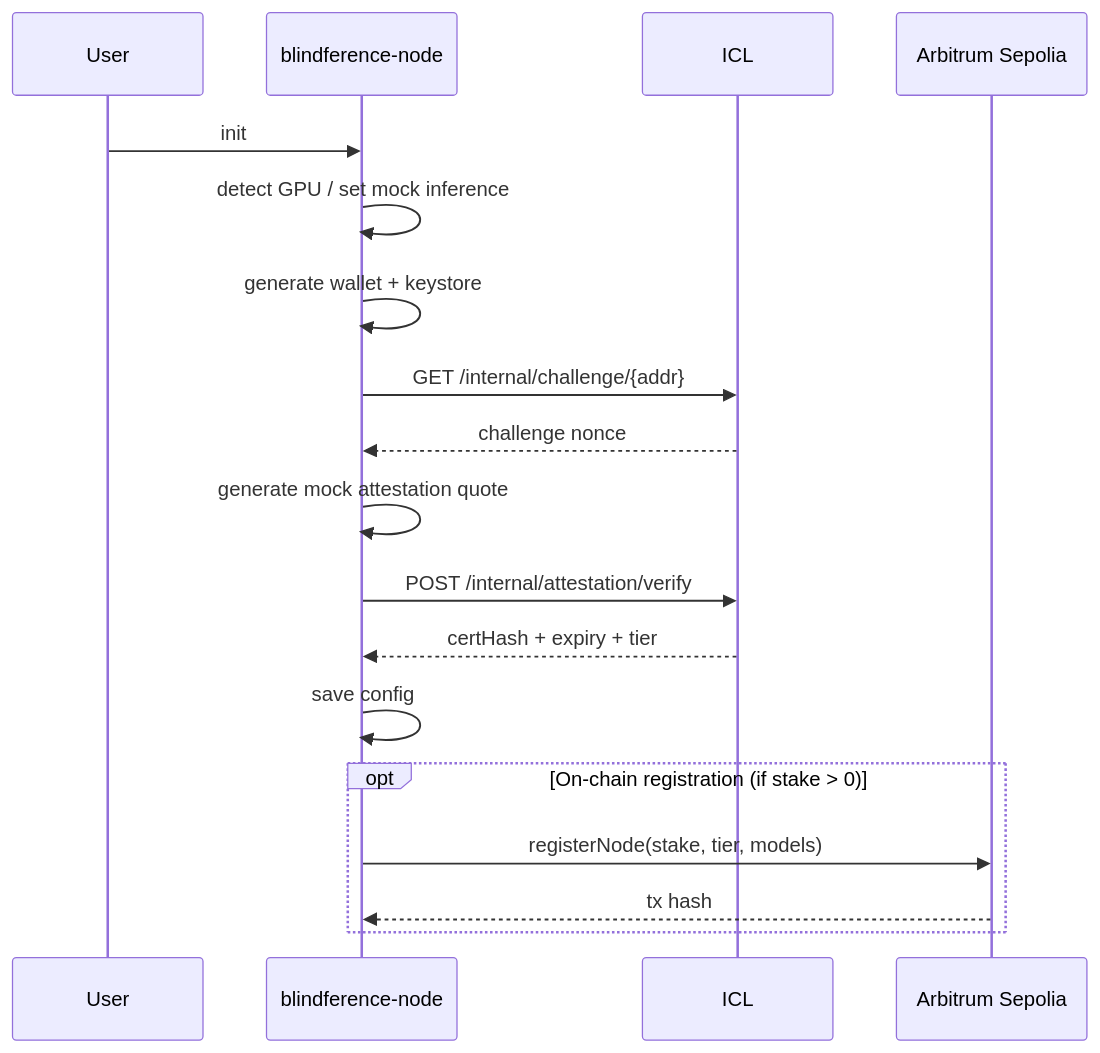
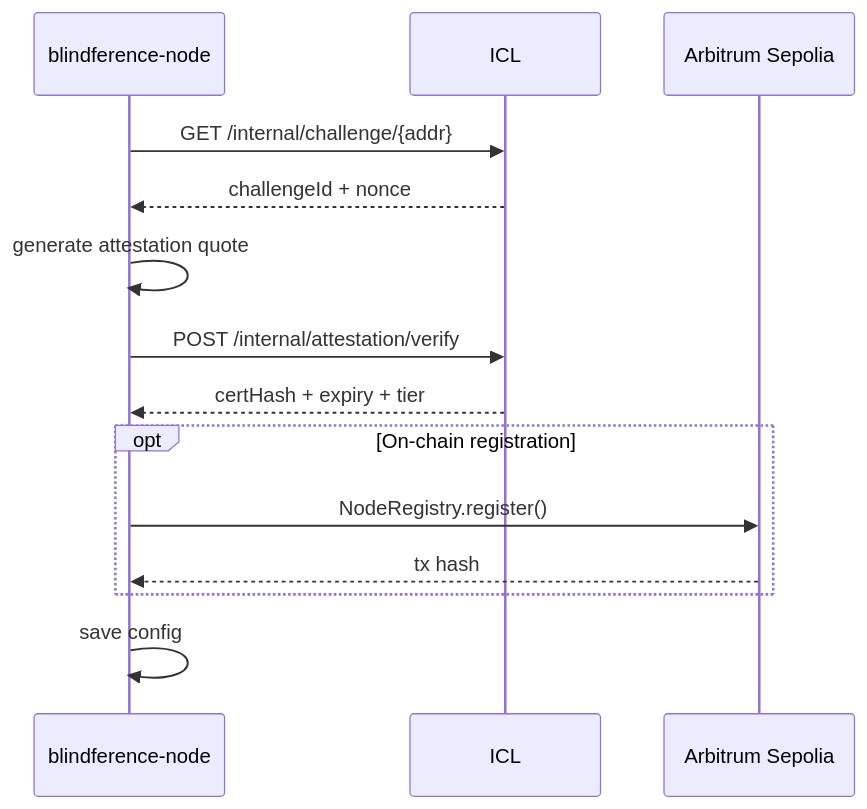
Before and after one commit to AbhishekPanwarr/Blindference-node: the third of 5 diagrams in README.md, drawn with Mermaid. The commit also changed other lines of this file, not shown here.

````diff
--- a/README.md
+++ b/README.md
@@ -176,21 +271,17 @@
 ```mermaid
 sequenceDiagram
-    participant User
     participant Node as blindference-node
     participant ICL
     participant Chain as Arbitrum Sepolia
     
-    User->>Node: init
-    Node->>Node: detect GPU / set mock inference
-    Node->>Node: generate wallet + keystore
     Node->>ICL: GET /internal/challenge/{addr}
-    ICL-->>Node: challenge nonce
-    Node->>Node: generate mock attestation quote
+    ICL-->>Node: challengeId + nonce
+    Node->>Node: generate attestation quote
     Node->>ICL: POST /internal/attestation/verify
     ICL-->>Node: certHash + expiry + tier
-    Node->>Node: save config
-    opt On-chain registration (if stake > 0)
-        Node->>Chain: registerNode(stake, tier, models)
+    opt On-chain registration
+        Node->>Chain: NodeRegistry.register()
         Chain-->>Node: tx hash
     end
+    Node->>Node: save config
 ```
````
